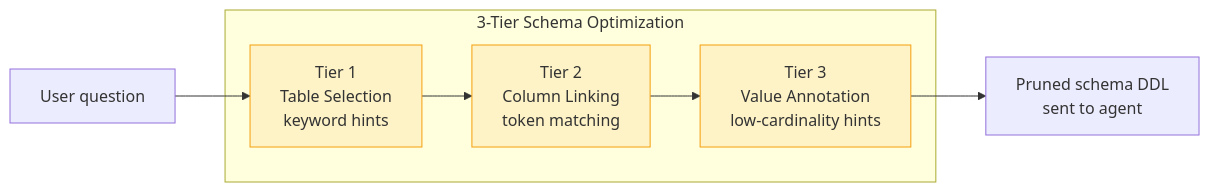
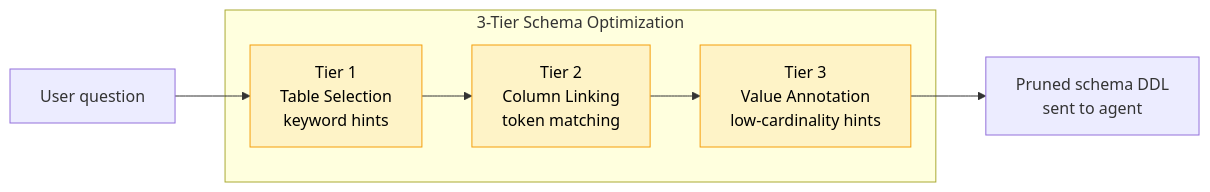
The ninth of 15 diagrams in docs/diagrams/diagrams.md (suryapatnaik1/llm-bi-chat-langgraph), drawn with Mermaid before and after one commit. The commit also changed other lines of this file, not shown here.

Commit message:
color changed for diagrams

````diff
--- a/docs/diagrams/diagrams.md
+++ b/docs/diagrams/diagrams.md
@@ -382,15 +385,15 @@
 ```mermaid
 flowchart LR
     Q[User question] --> T1
 
     subgraph Pruning ["3-Tier Schema Optimization"]
         T1["Tier 1<br/>Table Selection<br/>keyword hints"] --> T2["Tier 2<br/>Column Linking<br/>token matching"]
         T2 --> T3["Tier 3<br/>Value Annotation<br/>low-cardinality hints"]
     end
 
     T3 --> S[Pruned schema DDL<br/>sent to agent]
 
-    style T1 fill:#fef3c7,stroke:#f59e0b
-    style T2 fill:#fef3c7,stroke:#f59e0b
-    style T3 fill:#fef3c7,stroke:#f59e0b
+    style T1 fill:#fef3c7,stroke:#f59e0b,color:#000000
+    style T2 fill:#fef3c7,stroke:#f59e0b,color:#000000
+    style T3 fill:#fef3c7,stroke:#f59e0b,color:#000000
 ```
````
